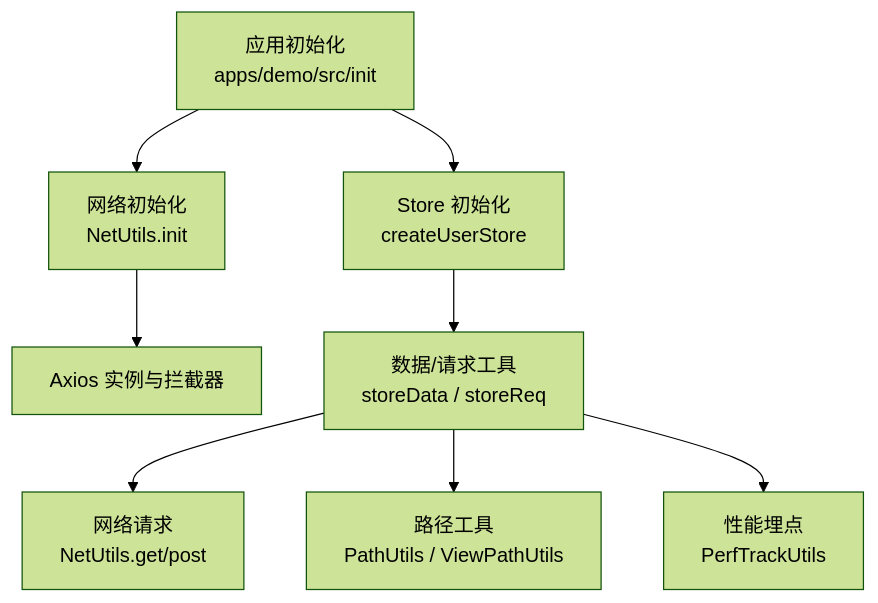
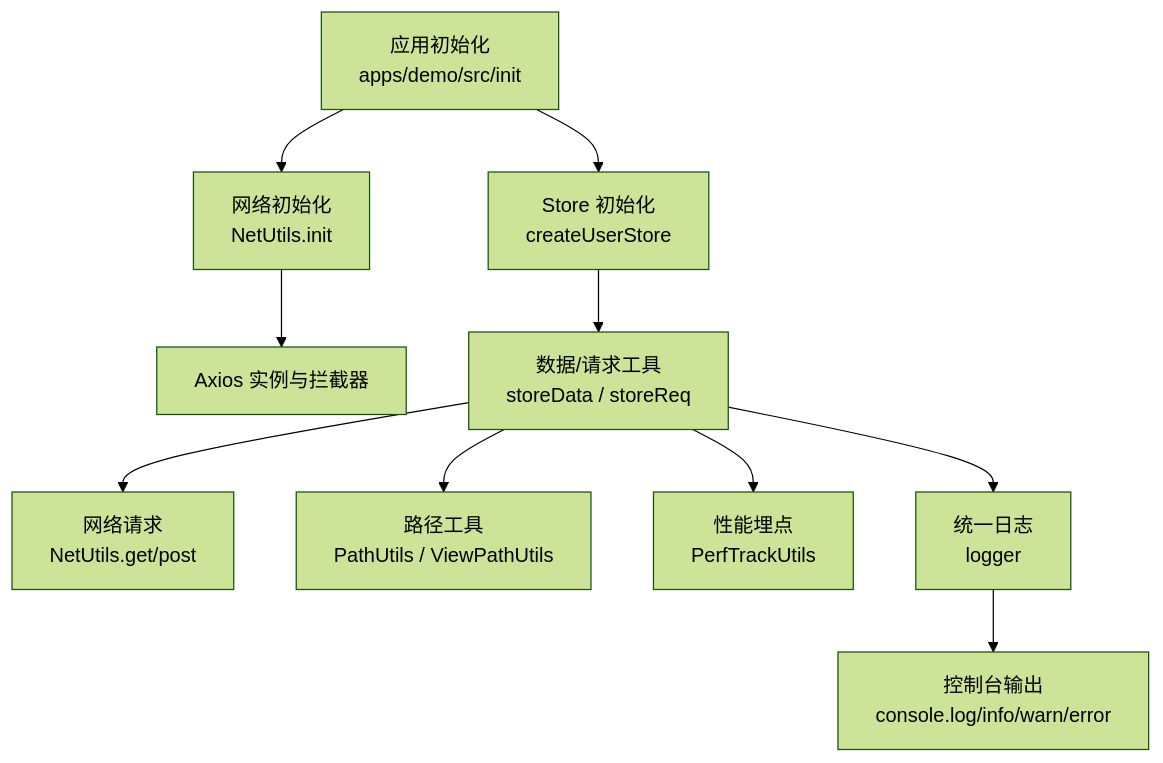
One commit to liqiongke/FrontArk changed the first of 4 diagrams in .qoder/repowiki/zh/content/框架核心/工具函数库.md. Above: the diagram before and after it, drawn with Mermaid (forest theme). The commit also changed other lines of this file and 25 other files, not shown here.

````diff
--- a/.qoder/repowiki/zh/content/框架核心/工具函数库.md
+++ b/.qoder/repowiki/zh/content/框架核心/工具函数库.md
@@ -41,10 +53,12 @@
 ```mermaid
 graph TB
 A["应用初始化<br/>apps/demo/src/init"] --> B["网络初始化<br/>NetUtils.init"]
 B --> C["Axios 实例与拦截器"]
 A --> D["Store 初始化<br/>createUserStore"]
 D --> E["数据/请求工具<br/>storeData / storeReq"]
 E --> F["网络请求<br/>NetUtils.get/post"]
 E --> G["路径工具<br/>PathUtils / ViewPathUtils"]
 E --> H["性能埋点<br/>PerfTrackUtils"]
+E --> I["统一日志<br/>logger"]
+I --> J["控制台输出<br/>console.log/info/warn/error"]
 ```
````
